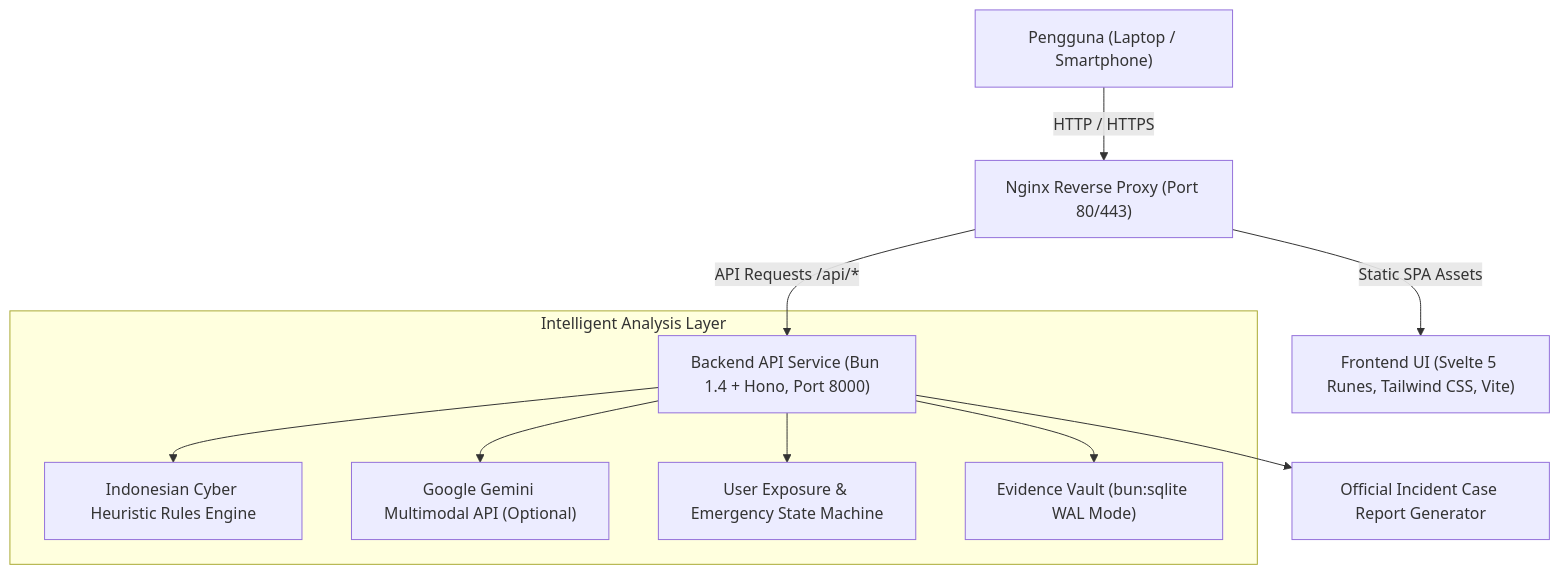
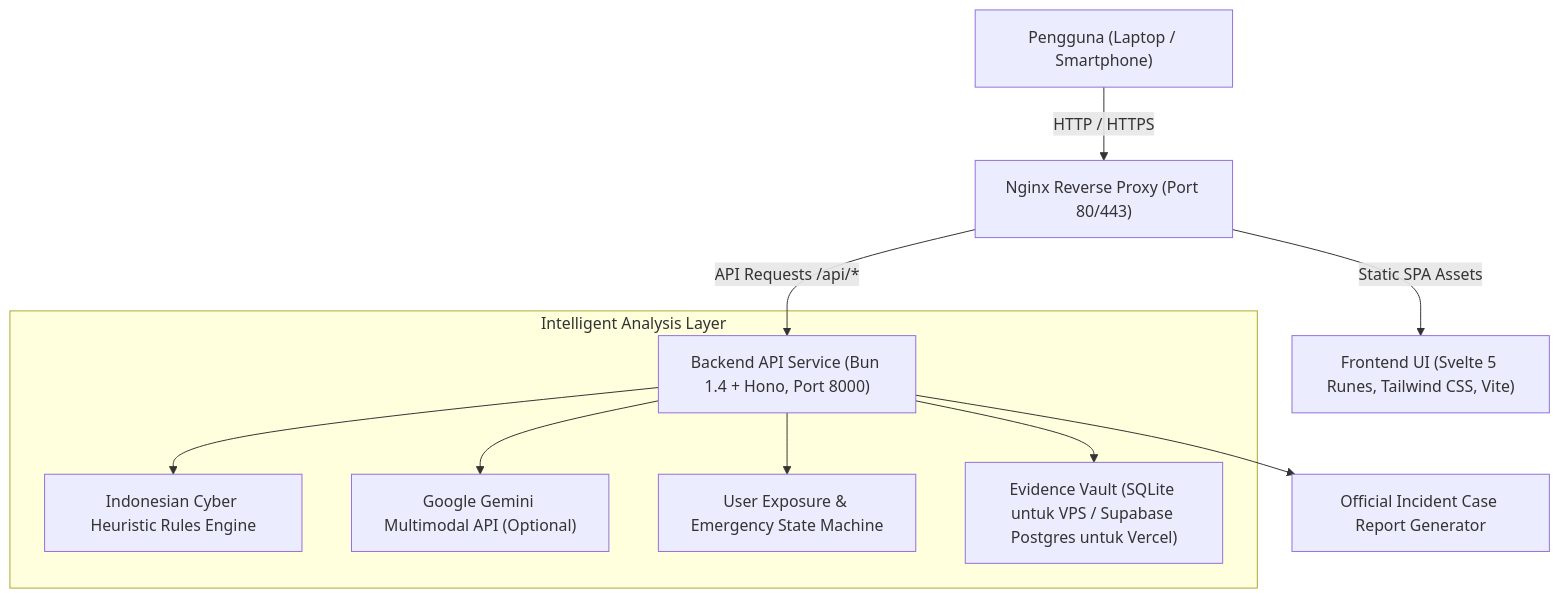
The diagram in README.md (aleakucing/scam-check), drawn with Mermaid before and after one commit. The commit also changed other lines of this file and 17 other files, not shown here.

````diff
--- a/README.md
+++ b/README.md
@@ -44,15 +44,15 @@
 ```mermaid
 flowchart TD
     User["Pengguna (Laptop / Smartphone)"] -->|HTTP / HTTPS| Nginx["Nginx Reverse Proxy (Port 80/443)"]
     Nginx -->|Static SPA Assets| Frontend["Frontend UI (Svelte 5 Runes, Tailwind CSS, Vite)"]
     Nginx -->|API Requests /api/*| Backend["Backend API Service (Bun 1.4 + Hono, Port 8000)"]
     
     subgraph Engine ["Intelligent Analysis Layer"]
         Backend --> Heuristic["Indonesian Cyber Heuristic Rules Engine"]
         Backend --> Gemini["Google Gemini Multimodal API (Optional)"]
         Backend --> ExposureEvaluator["User Exposure & Emergency State Machine"]
-        Backend --> SQLite["Evidence Vault (bun:sqlite WAL Mode)"]
+        Backend --> SQLite["Evidence Vault (SQLite untuk VPS / Supabase Postgres untuk Vercel)"]
     end
 
     Backend --> ReportGen["Official Incident Case Report Generator"]
 ```
````
